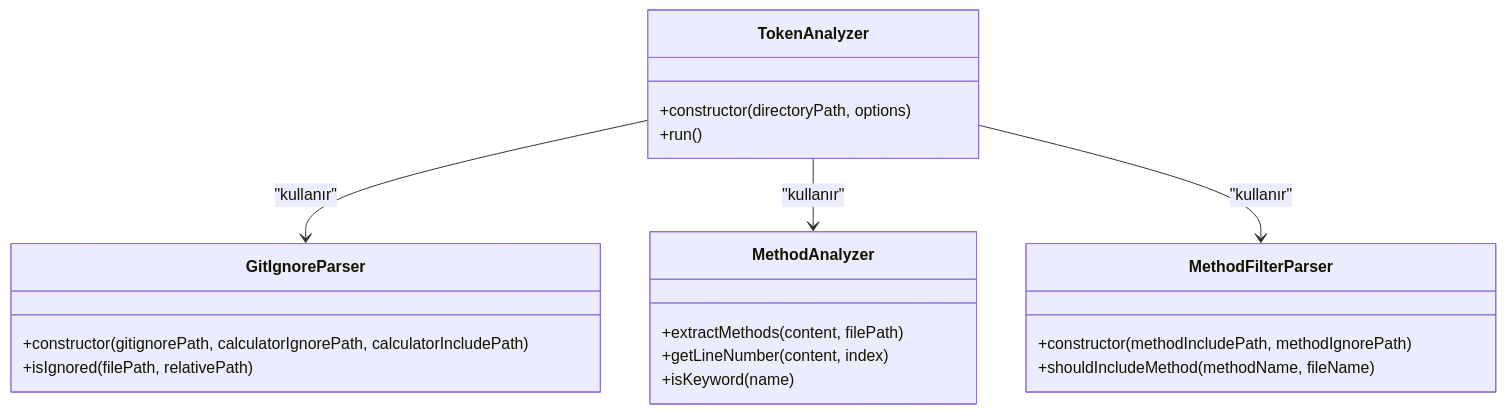
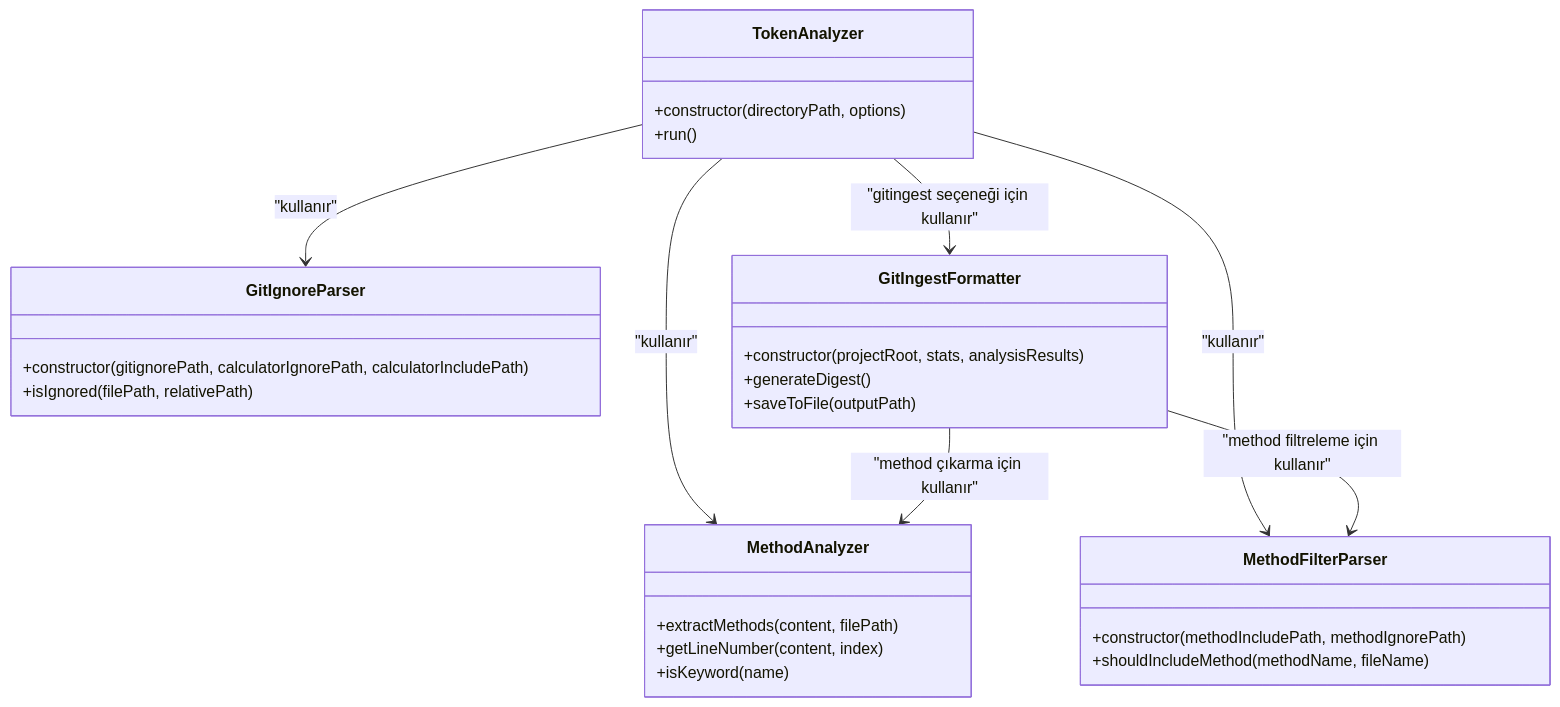
The first of 2 diagrams in docs/content-tr/Programatik-API.md (hakkisagdic/context-manager), drawn with Mermaid before and after one commit. The commit also changed other lines of this file and 51 other files, not shown here.

````diff
--- a/docs/content-tr/Programatik-API.md
+++ b/docs/content-tr/Programatik-API.md
@@ -42,23 +55,31 @@
 ```mermaid
 classDiagram
 class TokenAnalyzer {
 +constructor(directoryPath, options)
 +run()
 }
 class GitIgnoreParser {
 +constructor(gitignorePath, calculatorIgnorePath, calculatorIncludePath)
 +isIgnored(filePath, relativePath)
 }
 class MethodAnalyzer {
 +extractMethods(content, filePath)
 +getLineNumber(content, index)
 +isKeyword(name)
 }
 class MethodFilterParser {
 +constructor(methodIncludePath, methodIgnorePath)
 +shouldIncludeMethod(methodName, fileName)
 }
+class GitIngestFormatter {
++constructor(projectRoot, stats, analysisResults)
++generateDigest()
++saveToFile(outputPath)
+}
 TokenAnalyzer --> GitIgnoreParser : "kullanır"
 TokenAnalyzer --> MethodAnalyzer : "kullanır"
 TokenAnalyzer --> MethodFilterParser : "kullanır"
+TokenAnalyzer --> GitIngestFormatter : "gitingest seçeneği için kullanır"
+GitIngestFormatter --> MethodAnalyzer : "method çıkarma için kullanır"
+GitIngestFormatter --> MethodFilterParser : "method filtreleme için kullanır"
 ```
````
